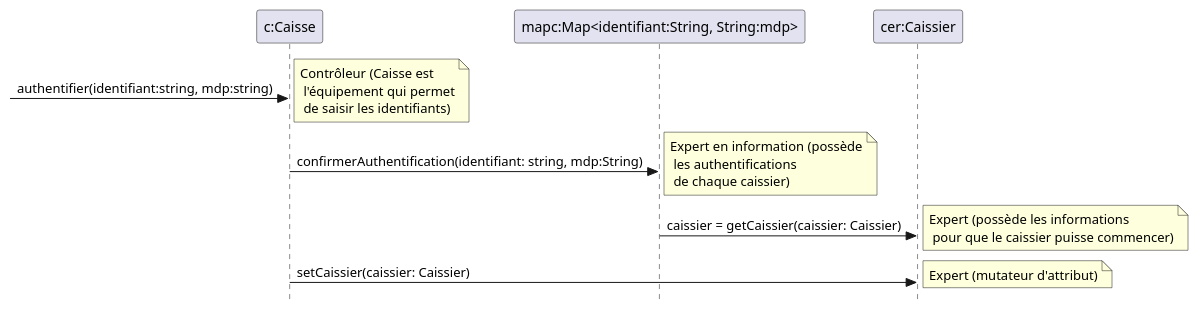
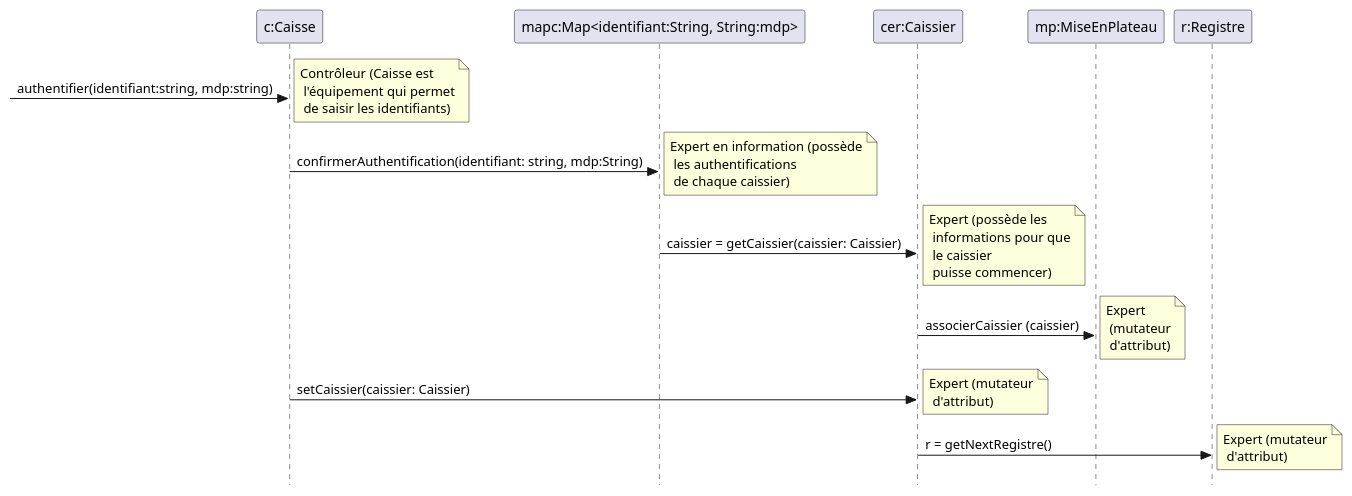
One commit to Sh4ytan/tp4 changed the second of 5 diagrams in rdcu.puml. Above: the diagram before and after it, drawn with PlantUML. The commit also changed other lines of this file, not shown here.

```diff
--- a/rdcu.puml
+++ b/rdcu.puml
@@ -16,19 +16,27 @@
 @startuml RDCU-authentifier
 skinparam style strictuml
 Participant "c:Caisse" as C
 Participant "mapc:Map<identifiant:String, String:mdp>" as MC
 Participant "cer:Caissier" as CER
+Participant "mp:MiseEnPlateau" as MP
+Participant "r:Registre" as R
  
 -> C: authentifier(identifiant:string, mdp:string)
 note right : Contrôleur (Caisse est\n l'équipement qui permet\n de saisir les identifiants)
 
 C -> MC: confirmerAuthentification(identifiant: string, mdp:String)
 note right : Expert en information (possède\n les authentifications\n de chaque caissier)
 
 MC -> CER: caissier = getCaissier(caissier: Caissier)
-note right : Expert (possède les informations\n pour que le caissier puisse commencer)
+note right : Expert (possède les\n informations pour que\n le caissier\n puisse commencer)
+
+CER -> MP: associerCaissier (caissier)
+note right : Expert\n (mutateur\n d'attribut)
 
 C -> CER: setCaissier(caissier: Caissier)
-note right: Expert (mutateur d'attribut)
+note right: Expert (mutateur\n d'attribut)
+
+CER -> R: r = getNextRegistre()
+note right: Expert (mutateur\n d'attribut)
 
 @enduml
```
